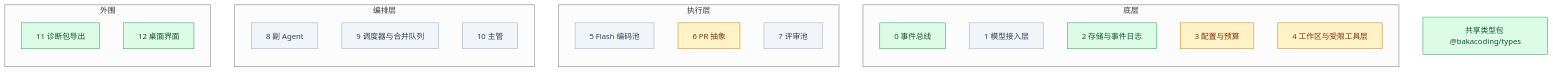
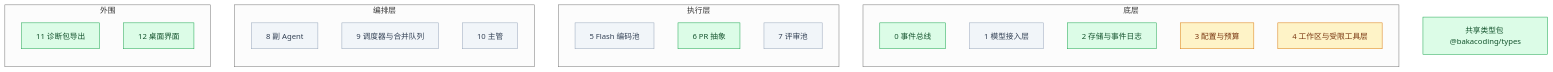
The diagram in docs/progress.md (Akarin7784/BakaCoding), drawn with Mermaid (neutral theme) before and after one commit. The commit also changed other lines of this file, not shown here.

Commit message:
docs: progress.md 更新 #21（T-016）合入记录与 main 测试数

````diff
--- a/docs/progress.md
+++ b/docs/progress.md
@@ -11,33 +11,33 @@
 ```mermaid
 flowchart BT
   subgraph 底层
     M0[0 事件总线]
     M1[1 模型接入层]
     M2[2 存储与事件日志]
     M3[3 配置与预算]
     M4[4 工作区与受限工具层]
   end
   subgraph 执行层
     M5[5 Flash 编码池]
     M6[6 PR 抽象]
     M7[7 评审池]
   end
   subgraph 编排层
     M8[8 副 Agent]
     M9[9 调度器与合并队列]
     M10[10 主管]
   end
   subgraph 外围
     M11[11 诊断包导出]
     M12[12 桌面界面]
   end
   T[共享类型包 @bakacoding/types]
 
   classDef todo fill:#f1f5f9,stroke:#94a3b8,color:#334155
   classDef doing fill:#fef3c7,stroke:#d97706,color:#78350f
   classDef done fill:#dcfce7,stroke:#16a34a,color:#14532d
 
-  class M0,M2,M11,M12,T done
-  class M3,M4,M6 doing
+  class M0,M2,M6,M11,M12,T done
+  class M3,M4 doing
   class M1,M5,M7,M8,M9,M10 todo
 ```
````
